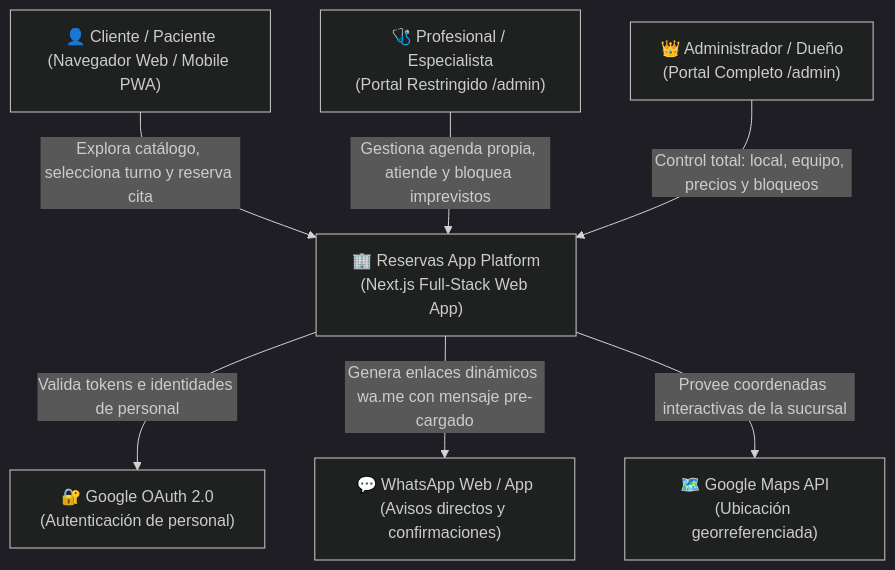
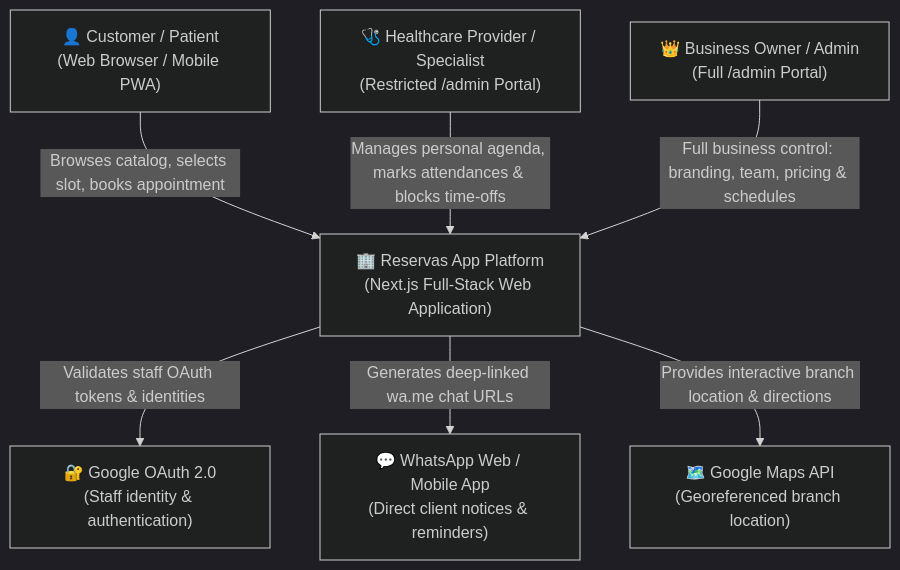
The first of 4 diagrams in docs/ARCHITECTURE.md (iamcristian/reservation-microsystem), drawn with Mermaid (dark theme) before and after one commit. The commit also changed other lines of this file and 17 other files, not shown here.

````diff
--- a/docs/ARCHITECTURE.md
+++ b/docs/ARCHITECTURE.md
@@ -11,20 +11,20 @@
 ```mermaid
 flowchart TD
-    Customer["👤 Cliente / Paciente\n(Navegador Web / Mobile PWA)"]
-    Provider["🩺 Profesional / Especialista\n(Portal Restringido /admin)"]
-    Admin["👑 Administrador / Dueño\n(Portal Completo /admin)"]
+    Customer["👤 Customer / Patient\n(Web Browser / Mobile PWA)"]
+    Provider["🩺 Healthcare Provider / Specialist\n(Restricted /admin Portal)"]
+    Admin["👑 Business Owner / Admin\n(Full /admin Portal)"]
     
-    System["🏢 Reservas App Platform\n(Next.js Full-Stack Web App)"]
+    System["🏢 Reservas App Platform\n(Next.js Full-Stack Web Application)"]
     
-    GoogleOAuth["🔐 Google OAuth 2.0\n(Autenticación de personal)"]
-    WhatsAppAPI["💬 WhatsApp Web / App\n(Avisos directos y confirmaciones)"]
-    GoogleMaps["🗺️ Google Maps API\n(Ubicación georreferenciada)"]
+    GoogleOAuth["🔐 Google OAuth 2.0\n(Staff identity & authentication)"]
+    WhatsAppAPI["💬 WhatsApp Web / Mobile App\n(Direct client notices & reminders)"]
+    GoogleMaps["🗺️ Google Maps API\n(Georeferenced branch location)"]
 
-    Customer -->|"Explora catálogo, selecciona turno y reserva cita"| System
-    Provider -->|"Gestiona agenda propia, atiende y bloquea imprevistos"| System
-    Admin -->|"Control total: local, equipo, precios y bloqueos"| System
+    Customer -->|"Browses catalog, selects slot, books appointment"| System
+    Provider -->|"Manages personal agenda, marks attendances & blocks time-offs"| System
+    Admin -->|"Full business control: branding, team, pricing & schedules"| System
 
-    System -->|"Valida tokens e identidades de personal"| GoogleOAuth
-    System -->|"Genera enlaces dinámicos wa.me con mensaje pre-cargado"| WhatsAppAPI
-    System -->|"Provee coordenadas interactivas de la sucursal"| GoogleMaps
+    System -->|"Validates staff OAuth tokens & identities"| GoogleOAuth
+    System -->|"Generates deep-linked wa.me chat URLs"| WhatsAppAPI
+    System -->|"Provides interactive branch location & directions"| GoogleMaps
 ```
````
